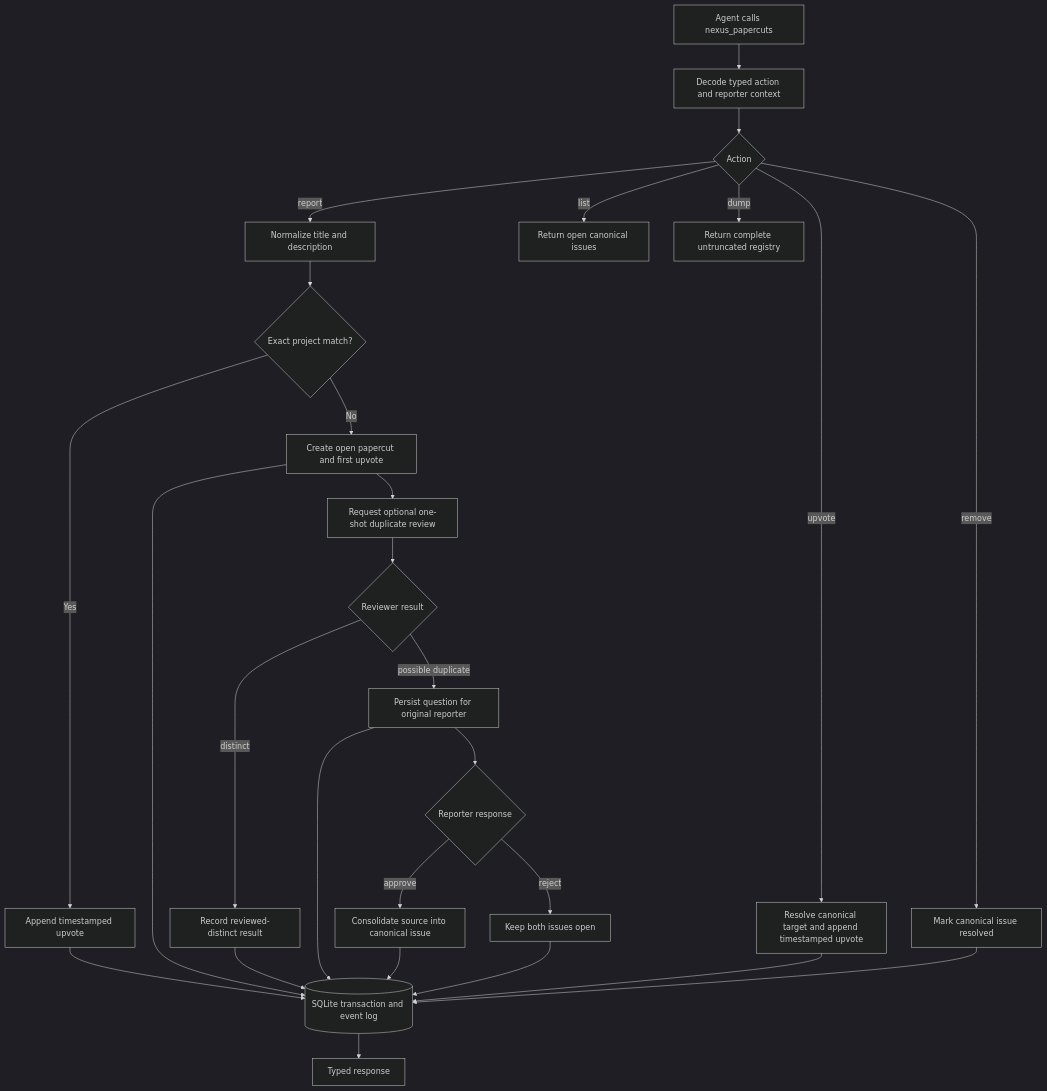
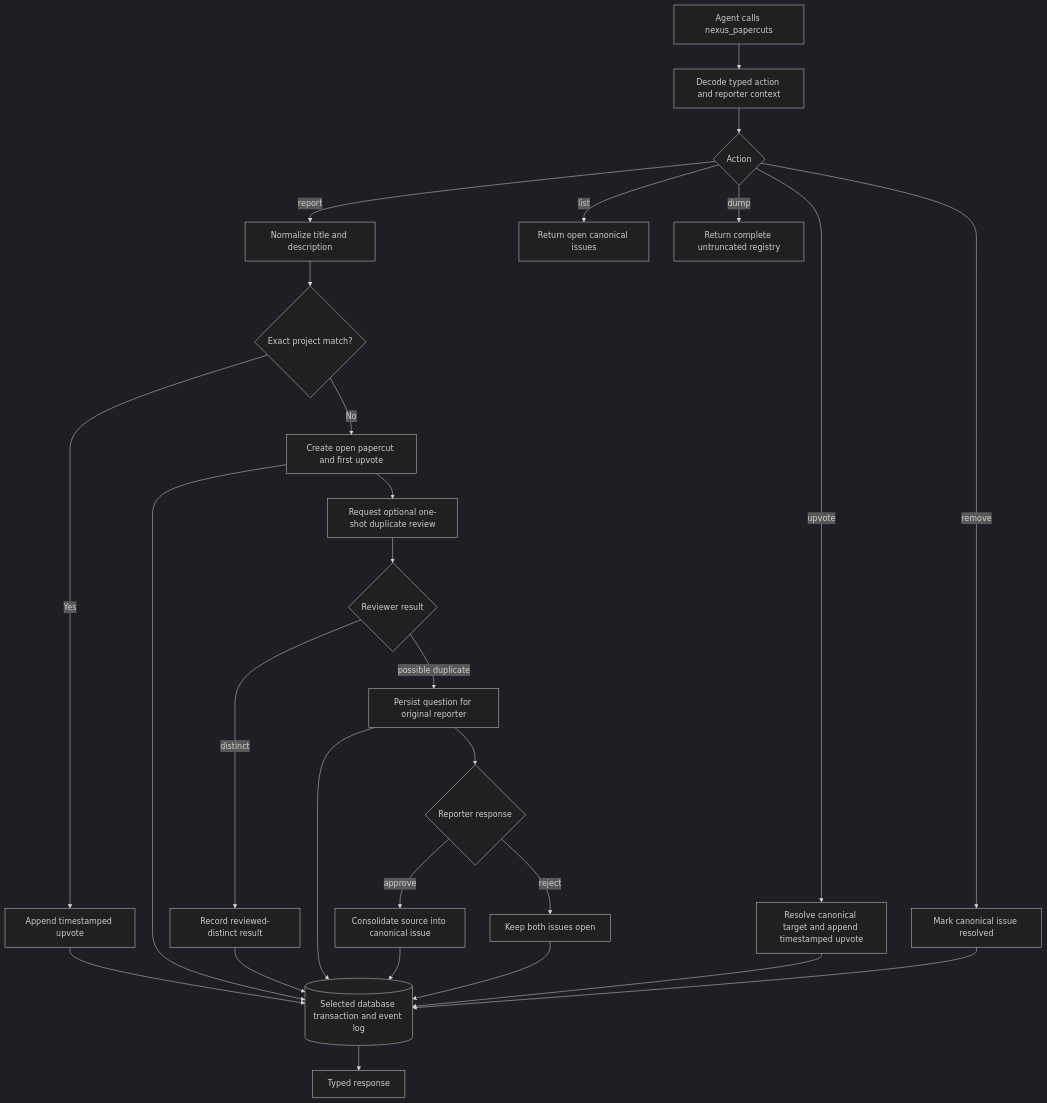
Before and after one commit to warrenronsiek/nexus: the diagram in docs/features/papercuts.md, drawn with Mermaid (dark theme). The commit also changed other lines of this file and 202 other files, not shown here.

````diff
--- a/docs/features/papercuts.md
+++ b/docs/features/papercuts.md
@@ -21,29 +21,29 @@
 ```mermaid
 flowchart TD
     A[Agent calls nexus_papercuts] --> B[Decode typed action and reporter context]
     B --> C{Action}
     C -->|report| D[Normalize title and description]
     D --> E{Exact project match?}
     E -->|Yes| F[Append timestamped upvote]
     E -->|No| G[Create open papercut and first upvote]
     G --> H[Request optional one-shot duplicate review]
     H --> I{Reviewer result}
     I -->|distinct| J[Record reviewed-distinct result]
     I -->|possible duplicate| K[Persist question for original reporter]
     K --> L{Reporter response}
     L -->|approve| M[Consolidate source into canonical issue]
     L -->|reject| N[Keep both issues open]
     C -->|upvote| O[Resolve canonical target and append timestamped upvote]
     C -->|remove| P[Mark canonical issue resolved]
     C -->|list| Q[Return open canonical issues]
     C -->|dump| R[Return complete untruncated registry]
-    F --> S[(SQLite transaction and event log)]
+    F --> S[(Selected database transaction and event log)]
     G --> S
     J --> S
     K --> S
     M --> S
     N --> S
     O --> S
     P --> S
     S --> T[Typed response]
 ```
````
